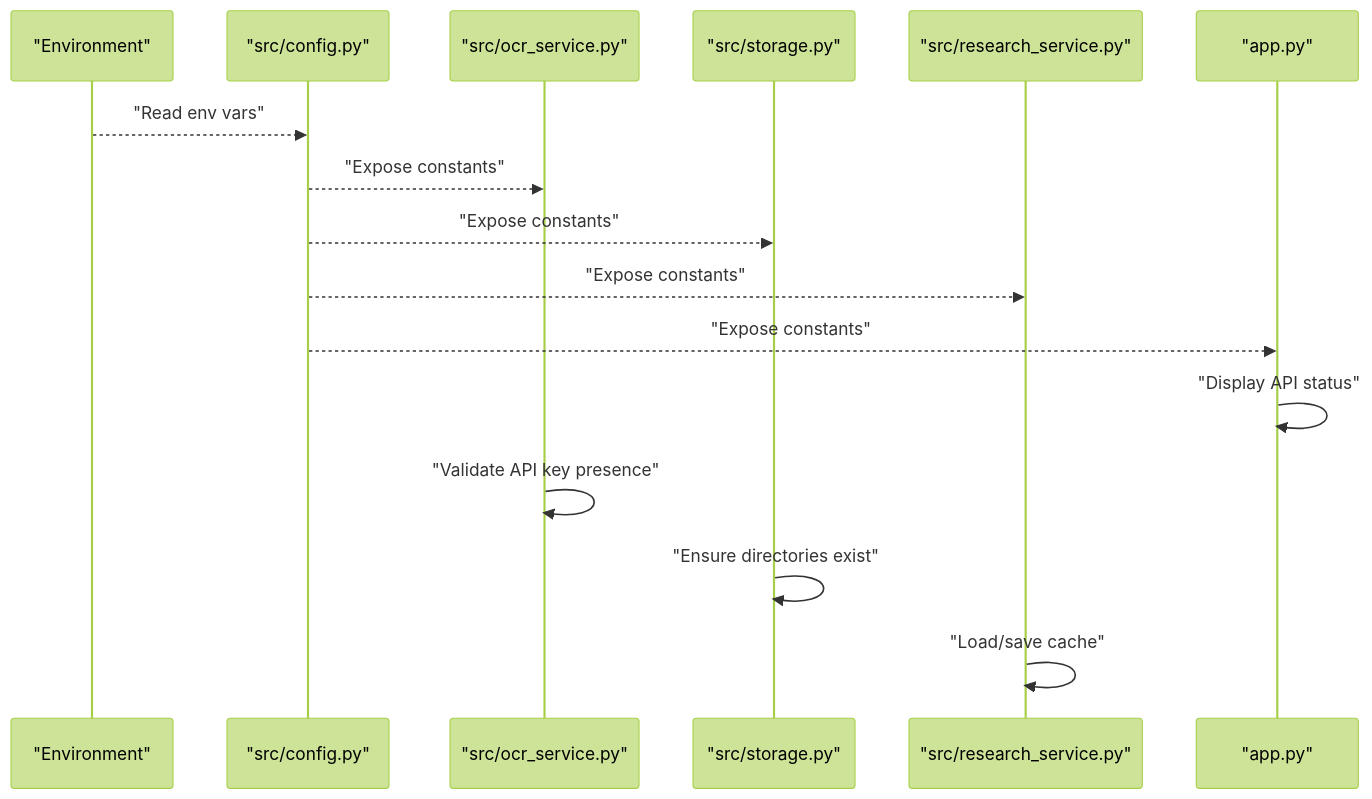
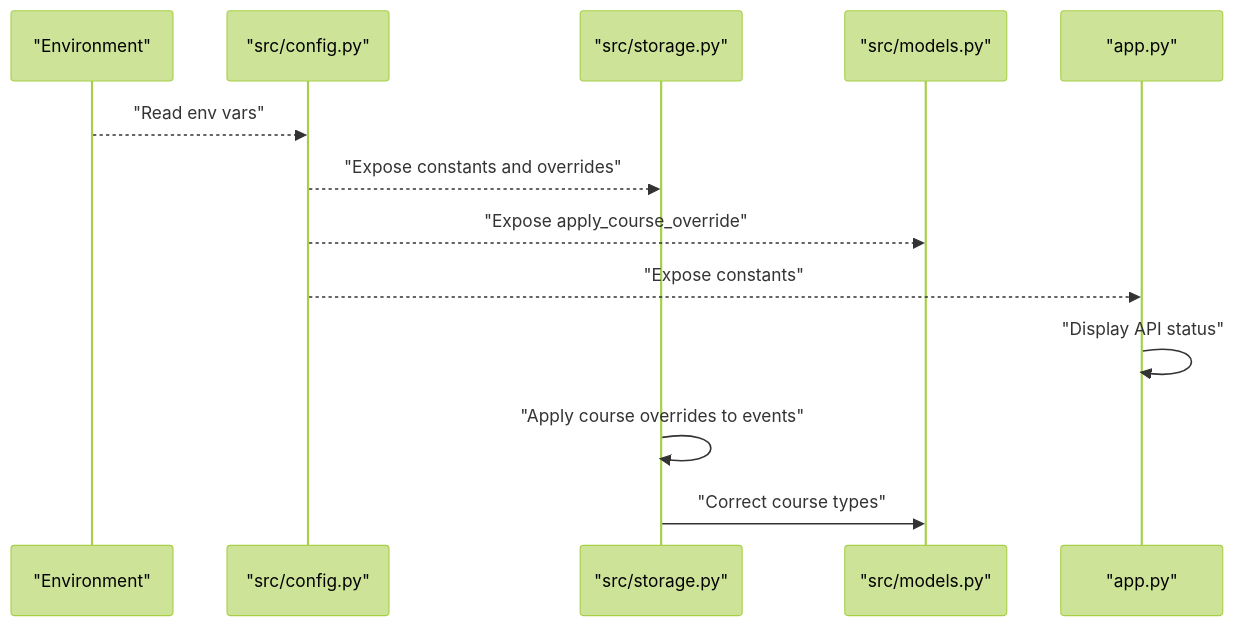
The second of 5 diagrams in .qoder/repowiki/en/content/Configuration Management.md (Johnny22056/SwimingStatus), drawn with Mermaid (forest theme) before and after one commit. The commit also changed other lines of this file and 4 other files, not shown here.

First line of the commit message:
feat: UI polish across all pages, icon updates, course override additions

````diff
--- a/.qoder/repowiki/en/content/Configuration Management.md
+++ b/.qoder/repowiki/en/content/Configuration Management.md
@@ -96,18 +112,15 @@
 ```mermaid
 sequenceDiagram
 participant Env as "Environment"
 participant Config as "src/config.py"
-participant OCR as "src/ocr_service.py"
 participant Storage as "src/storage.py"
-participant Research as "src/research_service.py"
+participant Models as "src/models.py"
 participant UI as "app.py"
 Env-->>Config : "Read env vars"
-Config-->>OCR : "Expose constants"
-Config-->>Storage : "Expose constants"
-Config-->>Research : "Expose constants"
+Config-->>Storage : "Expose constants and overrides"
+Config-->>Models : "Expose apply_course_override"
 Config-->>UI : "Expose constants"
 UI->>UI : "Display API status"
-OCR->>OCR : "Validate API key presence"
-Storage->>Storage : "Ensure directories exist"
-Research->>Research : "Load/save cache"
+Storage->>Storage : "Apply course overrides to events"
+Storage->>Models : "Correct course types"
 ```
````
